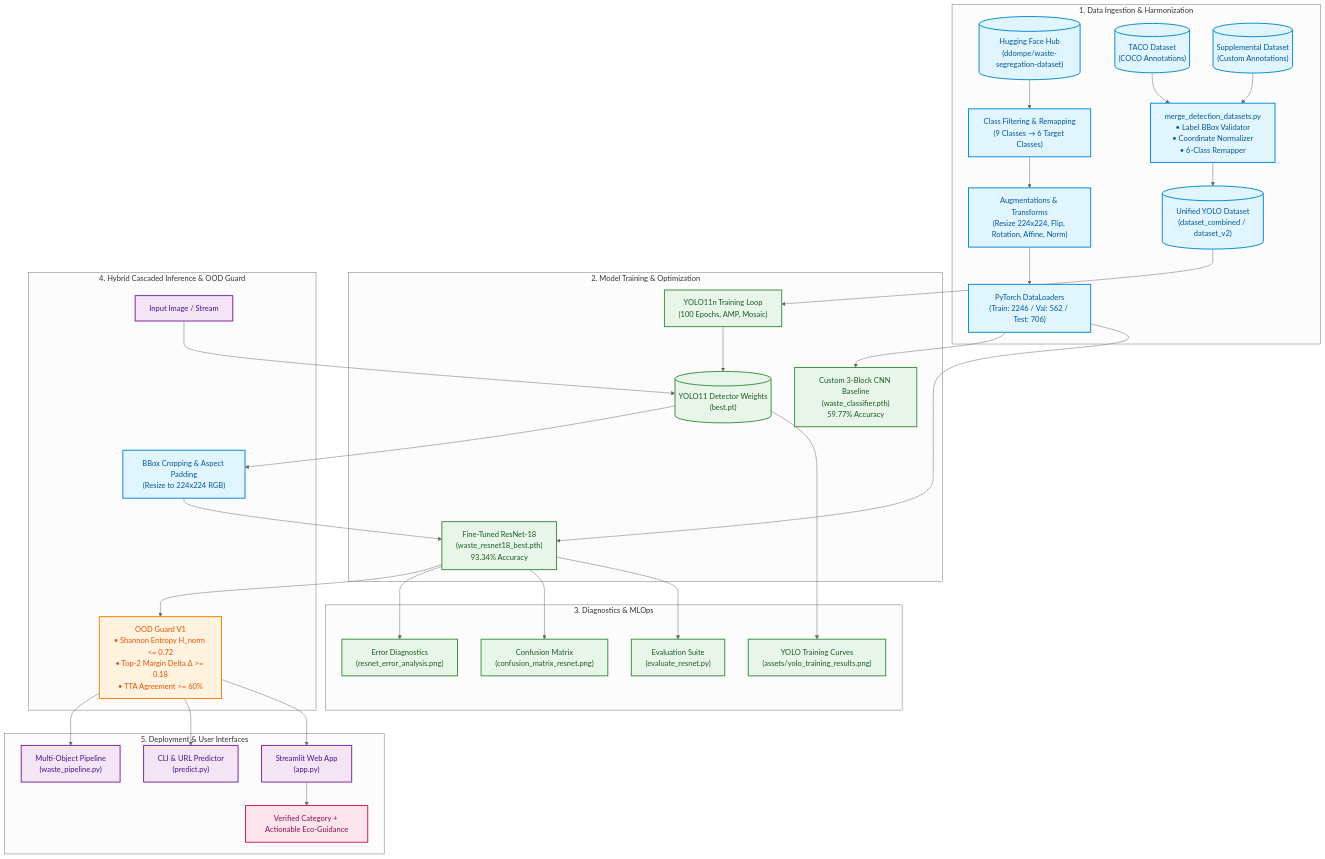
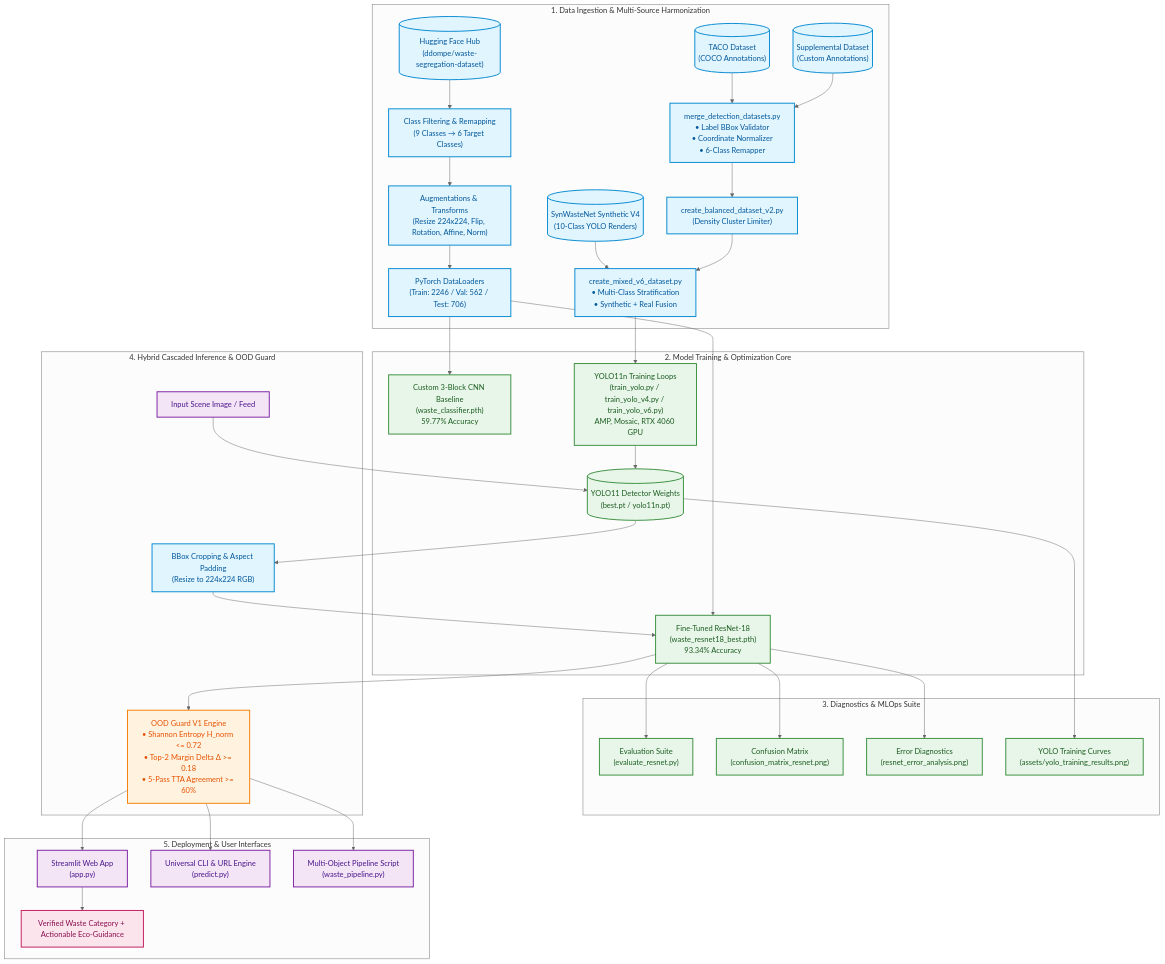
One commit to Snigdha-0210/Smart_Waste_Classifier changed the first of 3 diagrams in README.md. Above: the diagram before and after it, drawn with Mermaid (neutral theme). The commit also changed other lines of this file and 1 other file, not shown here.

Commit message:
docs: overhaul README with dataset evolution V1-V6, dual-stage cascaded workflows, and OOD uncertainty engine

````diff
--- a/README.md
+++ b/README.md
@@ -95,47 +111,49 @@
 ```mermaid
 flowchart TD
     %% Styling definitions
     classDef data fill:#e1f5fe,stroke:#0288d1,stroke-width:2px,color:#01579b;
     classDef model fill:#e8f5e9,stroke:#388e3c,stroke-width:2px,color:#1b5e20;
     classDef guard fill:#fff3e0,stroke:#f57c00,stroke-width:2px,color:#e65100;
     classDef ui fill:#f3e5f5,stroke:#7b1fa2,stroke-width:2px,color:#4a148c;
     classDef output fill:#fce4ec,stroke:#c2185b,stroke-width:2px,color:#880e4f;
 
-    subgraph DataPipeline["1. Data Ingestion & Harmonization"]
+    subgraph DataPipeline["1. Data Ingestion & Multi-Source Harmonization"]
         HF[("Hugging Face Hub\n(ddompe/waste-segregation-dataset)")]:::data --> Filter["Class Filtering & Remapping\n(9 Classes → 6 Target Classes)"]:::data
         Filter --> Augment["Augmentations & Transforms\n(Resize 224x224, Flip, Rotation, Affine, Norm)"]:::data
         Augment --> Loaders["PyTorch DataLoaders\n(Train: 2246 / Val: 562 / Test: 706)"]:::data
         
         TACO[("TACO Dataset\n(COCO Annotations)")]:::data --> Merger["merge_detection_datasets.py\n• Label BBox Validator\n• Coordinate Normalizer\n• 6-Class Remapper"]:::data
         SUPP[("Supplemental Dataset\n(Custom Annotations)")]:::data --> Merger
-        Merger --> YOLOData[("Unified YOLO Dataset\n(dataset_combined / dataset_v2)")]:::data
+        SYNTH[("SynWasteNet Synthetic V4\n(10-Class YOLO Renders)")]:::data --> MixedGen["create_mixed_v6_dataset.py\n• Multi-Class Stratification\n• Synthetic + Real Fusion"]:::data
+        Merger --> BalancedV2["create_balanced_dataset_v2.py\n(Density Cluster Limiter)"]:::data
+        BalancedV2 --> MixedGen
     end
 
-    subgraph Modeling["2. Model Training & Optimization"]
+    subgraph Modeling["2. Model Training & Optimization Core"]
         Loaders --> ResNet["Fine-Tuned ResNet-18\n(waste_resnet18_best.pth)\n93.34% Accuracy"]:::model
         Loaders --> BaseCNN["Custom 3-Block CNN Baseline\n(waste_classifier.pth)\n59.77% Accuracy"]:::model
-        YOLOData --> YOLOTrain["YOLO11n Training Loop\n(100 Epochs, AMP, Mosaic)"]:::model
-        YOLOTrain --> YOLOBest[("YOLO11 Detector Weights\n(best.pt)")]:::model
+        MixedGen --> YOLOTrain["YOLO11n Training Loops\n(train_yolo.py / train_yolo_v4.py / train_yolo_v6.py)\nAMP, Mosaic, RTX 4060 GPU"]:::model
+        YOLOTrain --> YOLOBest[("YOLO11 Detector Weights\n(best.pt / yolo11n.pt)")]:::model
     end
 
-    subgraph Diagnostics["3. Diagnostics & MLOps"]
+    subgraph Diagnostics["3. Diagnostics & MLOps Suite"]
         ResNet --> EvalSuite["Evaluation Suite\n(evaluate_resnet.py)"]:::model
         ResNet --> Confusion["Confusion Matrix\n(confusion_matrix_resnet.png)"]:::model
         ResNet --> ErrorAnalysis["Error Diagnostics\n(resnet_error_analysis.png)"]:::model
         YOLOBest --> YOLOMetrics["YOLO Training Curves\n(assets/yolo_training_results.png)"]:::model
     end
 
     subgraph InferenceCascade["4. Hybrid Cascaded Inference & OOD Guard"]
-        InputImg["Input Image / Stream"]:::ui --> YOLOBest
+        InputImg["Input Scene Image / Feed"]:::ui --> YOLOBest
         YOLOBest --> Cropper["BBox Cropping & Aspect Padding\n(Resize to 224x224 RGB)"]:::data
         Cropper --> ResNet
-        ResNet --> OOD["OOD Guard V1\n• Shannon Entropy H_norm <= 0.72\n• Top-2 Margin Delta Δ >= 0.18\n• TTA Agreement >= 60%"]:::guard
+        ResNet --> OOD["OOD Guard V1 Engine\n• Shannon Entropy H_norm <= 0.72\n• Top-2 Margin Delta Δ >= 0.18\n• 5-Pass TTA Agreement >= 60%"]:::guard
     end
 
     subgraph Presentation["5. Deployment & User Interfaces"]
         OOD --> StreamlitApp["Streamlit Web App\n(app.py)"]:::ui
-        OOD --> CLIPredict["CLI & URL Predictor\n(predict.py)"]:::ui
-        OOD --> CascadePipe["Multi-Object Pipeline\n(waste_pipeline.py)"]:::ui
-        StreamlitApp --> EcoOutput["Verified Category + Actionable Eco-Guidance"]:::output
+        OOD --> CLIPredict["Universal CLI & URL Engine\n(predict.py)"]:::ui
+        OOD --> CascadePipe["Multi-Object Pipeline Script\n(waste_pipeline.py)"]:::ui
+        StreamlitApp --> EcoOutput["Verified Waste Category + Actionable Eco-Guidance"]:::output
     end
 ```
````
